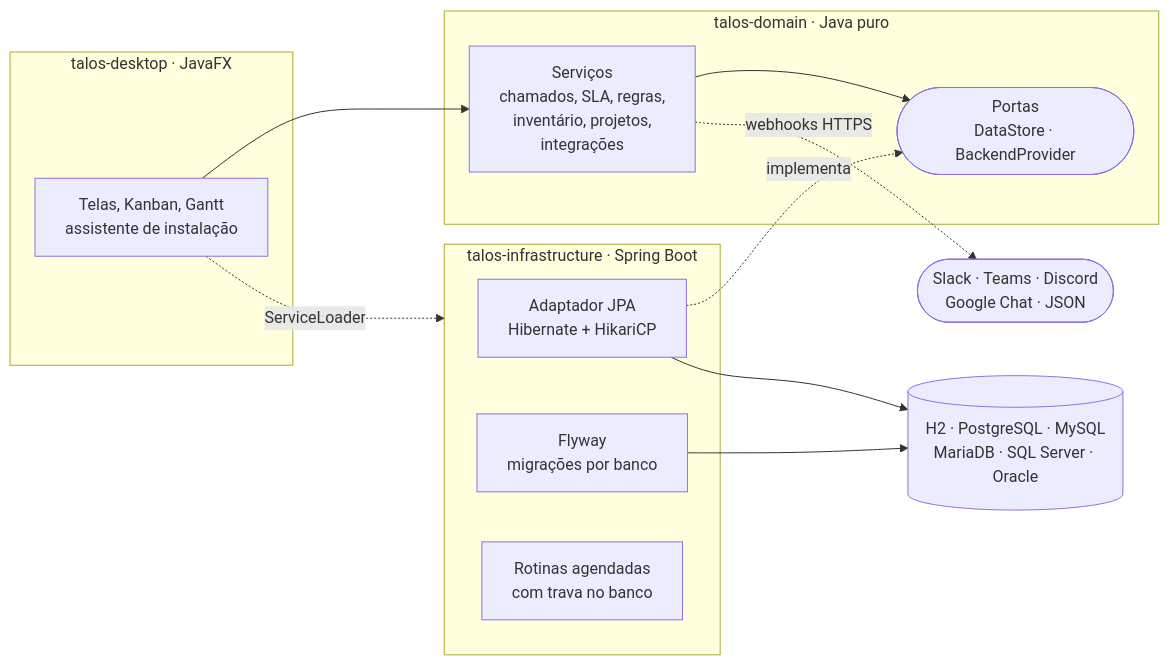
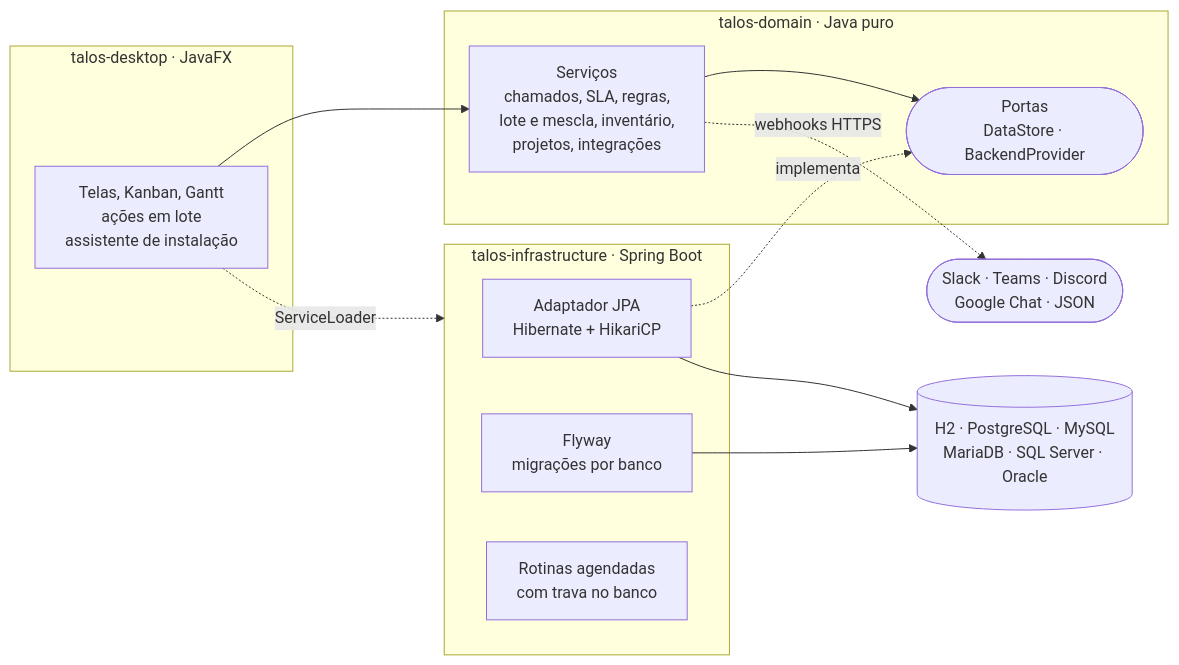
One commit to ravelroot/Information-Technology-Service-Management changed the diagram in README.md. Above: the diagram before and after it, drawn with Mermaid. The commit also changed other lines of this file and 57 other files, not shown here.

````diff
--- a/README.md
+++ b/README.md
@@ -410,25 +197,25 @@
 ```mermaid
 flowchart LR
     subgraph desktop["talos-desktop · JavaFX"]
-        UI["Telas, Kanban, Gantt<br/>assistente de instalação"]
+        UI["Telas, Kanban, Gantt<br/>ações em lote<br/>assistente de instalação"]
     end
     subgraph domain["talos-domain · Java puro"]
-        S["Serviços<br/>chamados, SLA, regras,<br/>inventário, projetos,<br/>integrações"]
+        S["Serviços<br/>chamados, SLA, regras,<br/>lote e mescla, inventário,<br/>projetos, integrações"]
         P(["Portas<br/>DataStore · BackendProvider"])
     end
     subgraph infra["talos-infrastructure · Spring Boot"]
         J["Adaptador JPA<br/>Hibernate + HikariCP"]
         F["Flyway<br/>migrações por banco"]
         K["Rotinas agendadas<br/>com trava no banco"]
     end
     DB[("H2 · PostgreSQL · MySQL<br/>MariaDB · SQL Server · Oracle")]
     W(["Slack · Teams · Discord<br/>Google Chat · JSON"])
 
     UI --> S
     S --> P
     J -. implementa .-> P
     UI -. ServiceLoader .-> infra
     J --> DB
     F --> DB
     S -. webhooks HTTPS .-> W
 ```
````
